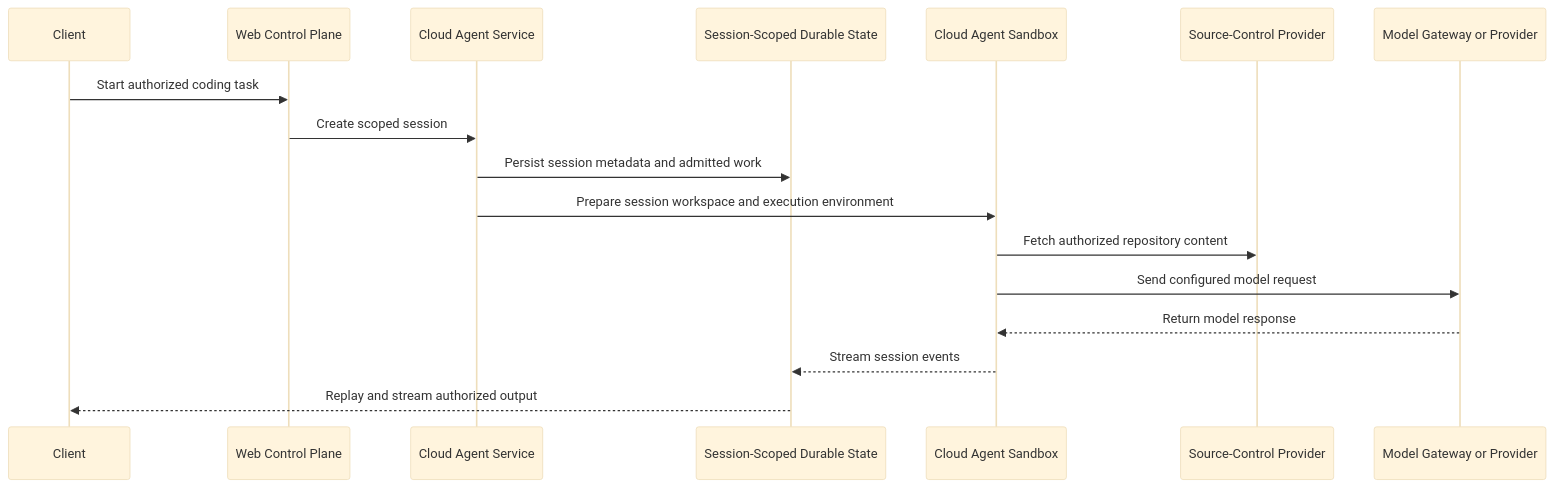
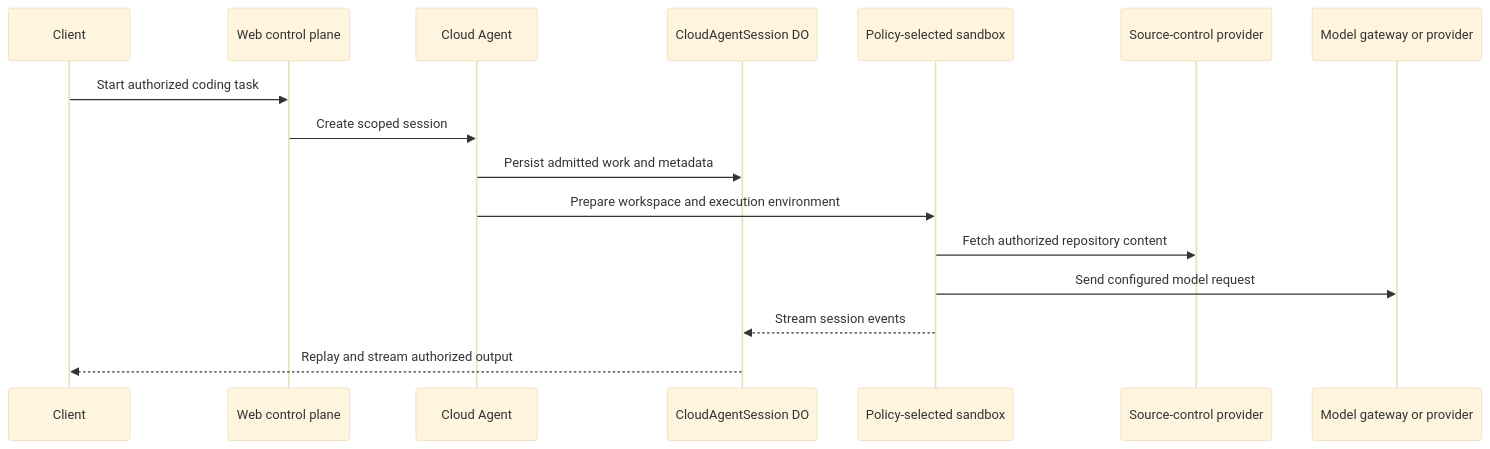
Before and after one commit to dhs-shine/kilocode: the third of 6 diagrams in packages/kilo-docs/pages/contributing/architecture/cloud-security.md, drawn with Mermaid (base theme). The commit also changed other lines of this file and 42 other files, not shown here.

Commit message:
docs(kilo-docs): clarify architecture documentation

````diff
--- a/packages/kilo-docs/pages/contributing/architecture/cloud-security.md
+++ b/packages/kilo-docs/pages/contributing/architecture/cloud-security.md
@@ -242,20 +226,19 @@
 ```mermaid
 sequenceDiagram
   participant Client
-  participant Web as Web Control Plane
-  participant Service as Cloud Agent Service
-  participant State as Session-Scoped Durable State
-  participant Sandbox as Cloud Agent Sandbox
-  participant Source as Source-Control Provider
-  participant Model as Model Gateway or Provider
+  participant Web as Web control plane
+  participant Service as Cloud Agent
+  participant State as CloudAgentSession DO
+  participant Sandbox as Policy-selected sandbox
+  participant Source as Source-control provider
+  participant Model as Model gateway or provider
 
   Client->>Web: Start authorized coding task
   Web->>Service: Create scoped session
-  Service->>State: Persist session metadata and admitted work
-  Service->>Sandbox: Prepare session workspace and execution environment
+  Service->>State: Persist admitted work and metadata
+  Service->>Sandbox: Prepare workspace and execution environment
   Sandbox->>Source: Fetch authorized repository content
   Sandbox->>Model: Send configured model request
-  Model-->>Sandbox: Return model response
   Sandbox-->>State: Stream session events
   State-->>Client: Replay and stream authorized output
 ```
````
